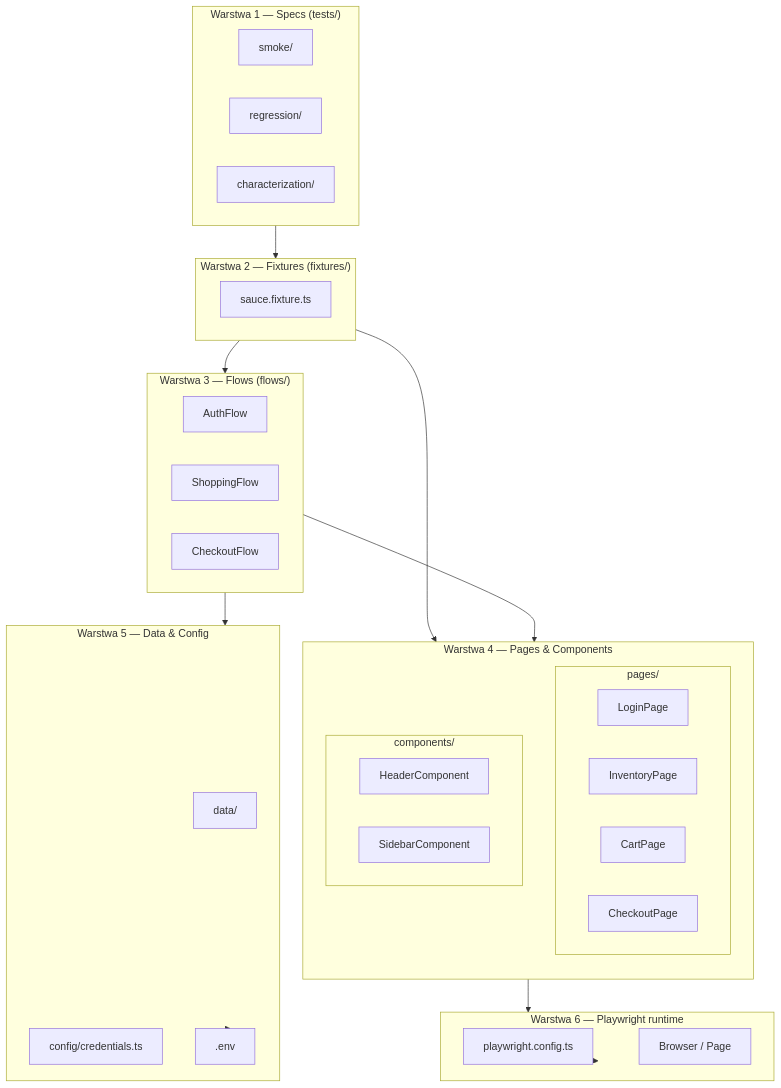
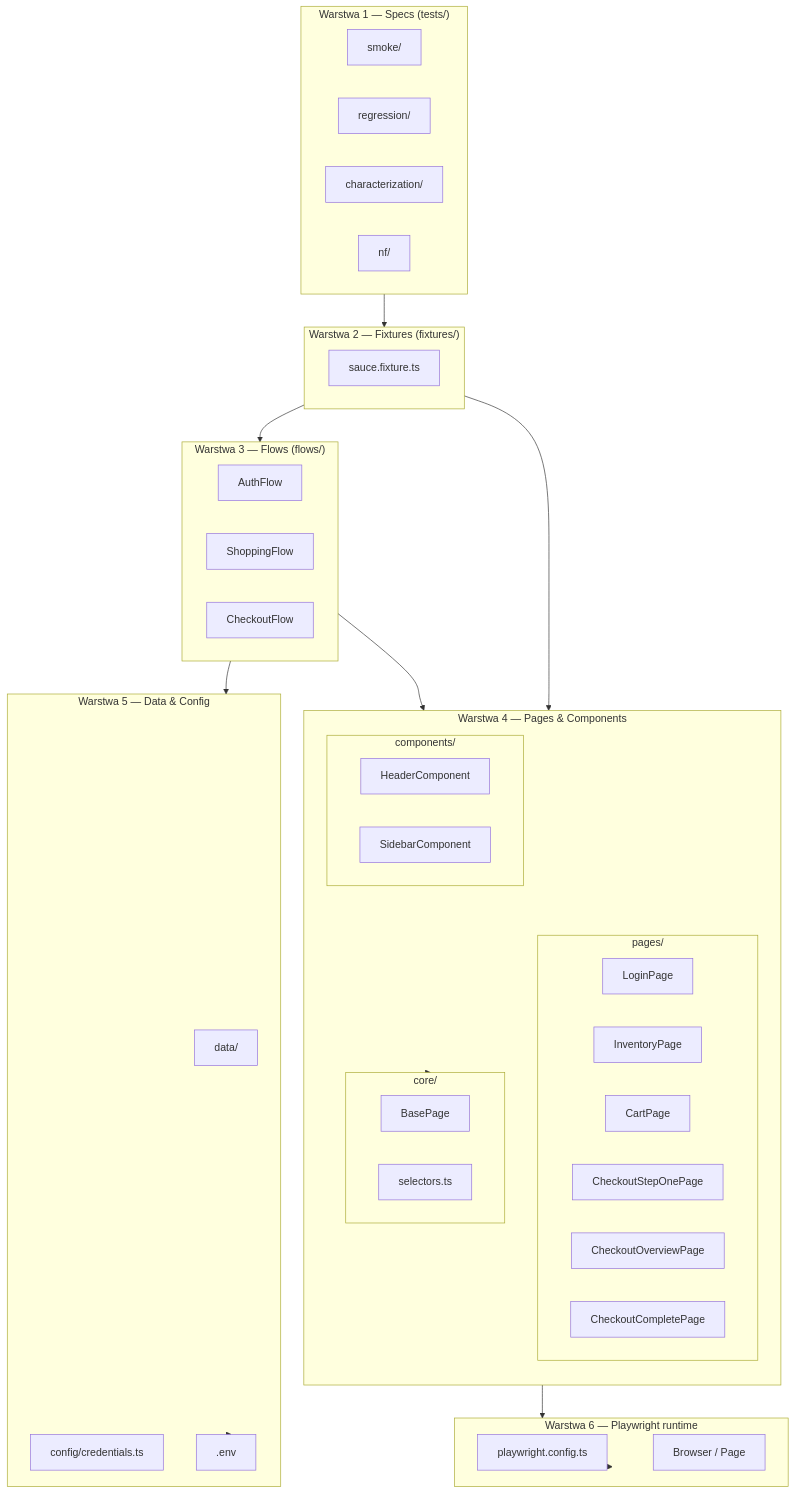
Before and after one commit to AgnieszkaPawlak/ai-saucelab-playwright: the first of 6 diagrams in docs/saucedemo-automation-architecture.md, drawn with Mermaid. The commit also changed other lines of this file and 11 other files, not shown here.

````diff
--- a/docs/saucedemo-automation-architecture.md
+++ b/docs/saucedemo-automation-architecture.md
@@ -70,53 +77,61 @@
 ```mermaid
 flowchart TB
     subgraph L1["Warstwa 1 — Specs (tests/)"]
         direction LR
         TS[smoke/]
         TR[regression/]
         TC[characterization/]
+        TN[nf/]
     end
 
     subgraph L2["Warstwa 2 — Fixtures (fixtures/)"]
         FX[sauce.fixture.ts]
     end
 
     subgraph L3["Warstwa 3 — Flows (flows/)"]
         AF[AuthFlow]
         SF[ShoppingFlow]
         CF[CheckoutFlow]
     end
 
     subgraph L4["Warstwa 4 — Pages & Components"]
         direction TB
+        subgraph core["core/"]
+            BP[BasePage]
+            SEL[selectors.ts]
+        end
         subgraph pages["pages/"]
             LP[LoginPage]
             IP[InventoryPage]
             CP[CartPage]
-            CH[CheckoutPage]
+            CS1[CheckoutStepOnePage]
+            CS2[CheckoutOverviewPage]
+            CC[CheckoutCompletePage]
         end
         subgraph components["components/"]
             HC[HeaderComponent]
             SB[SidebarComponent]
         end
     end
 
     subgraph L5["Warstwa 5 — Data & Config"]
         DT[data/]
         CFG[config/credentials.ts]
         ENV[.env]
     end
 
     subgraph L6["Warstwa 6 — Playwright runtime"]
         PW[playwright.config.ts]
         BR[Browser / Page]
     end
 
     L1 --> L2
     L2 --> L3
     L2 --> L4
     L3 --> L4
     L3 --> L5
+    L4 --> core
     L4 --> L6
     L5 --> ENV
     L6 --> PW
 ```
````
